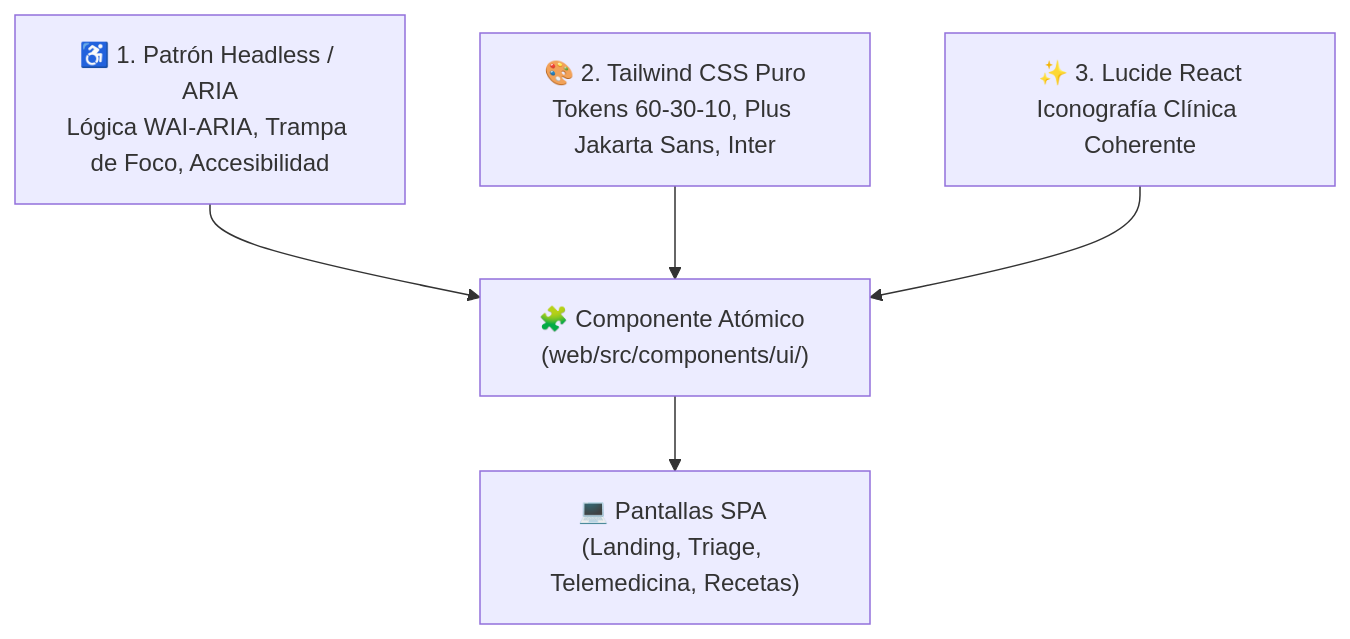
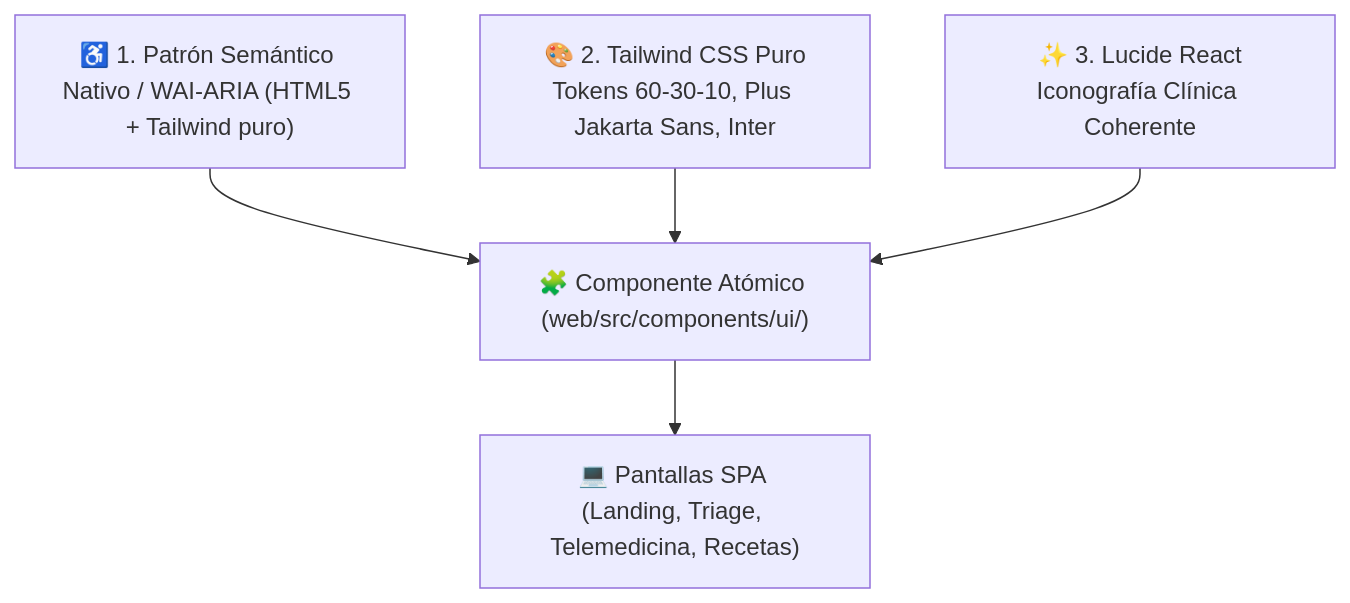
The second of 3 diagrams in docs/web/06_SISTEMA_DE_DISENO_UI_KIT.md (grupo-pinnacle/VetConnect), drawn with Mermaid before and after one commit. The commit also changed other lines of this file and 9 other files, not shown here.

````diff
--- a/docs/web/06_SISTEMA_DE_DISENO_UI_KIT.md
+++ b/docs/web/06_SISTEMA_DE_DISENO_UI_KIT.md
@@ -132,7 +137,7 @@
 ```mermaid
 flowchart TD
-    Radix["♿ 1. Patrón Headless / ARIA\nLógica WAI-ARIA, Trampa de Foco, Accesibilidad"] --> Core["🧩 Componente Atómico (web/src/components/ui/)"]
+    Native["♿ 1. Patrón Semántico Nativo / WAI-ARIA (HTML5 + Tailwind puro)"] --> Core["🧩 Componente Atómico (web/src/components/ui/)"]
     Tailwind["🎨 2. Tailwind CSS Puro\nTokens 60-30-10, Plus Jakarta Sans, Inter"] --> Core
     Lucide["✨ 3. Lucide React\nIconografía Clínica Coherente"] --> Core
     Core --> Screen["💻 Pantallas SPA (Landing, Triage, Telemedicina, Recetas)"]
 ```
````
